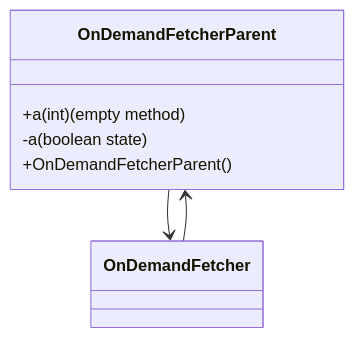
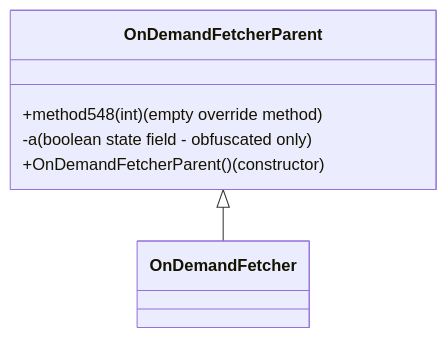
One commit to daxxog/solmud changed the diagram in bytecode/mapping/evidence/verified/OnDemandFetcherParent_VJKFYAWG.md. Above: the diagram before and after it, drawn with Mermaid. The commit also changed other lines of this file, not shown here.

Commit message:
modified:   bytecode/mapping/evidence/verified/OnDemandFetcherParent_VJKFYAWG.md

````diff
--- a/bytecode/mapping/evidence/verified/OnDemandFetcherParent_VJKFYAWG.md
+++ b/bytecode/mapping/evidence/verified/OnDemandFetcherParent_VJKFYAWG.md
@@ -130,8 +9,7 @@
 ```mermaid
 classDiagram
-    OnDemandFetcherParent --> OnDemandFetcher
-    OnDemandFetcherParent : +a(int) (empty method)
-    OnDemandFetcherParent : -a (boolean state)
-    OnDemandFetcherParent : +OnDemandFetcherParent()
-    OnDemandFetcher --> OnDemandFetcherParent
+    OnDemandFetcherParent <|-- OnDemandFetcher
+    OnDemandFetcherParent : +method548(int) (empty override method)
+    OnDemandFetcherParent : -a (boolean state field - obfuscated only)
+    OnDemandFetcherParent : +OnDemandFetcherParent() (constructor)
 ```
````
